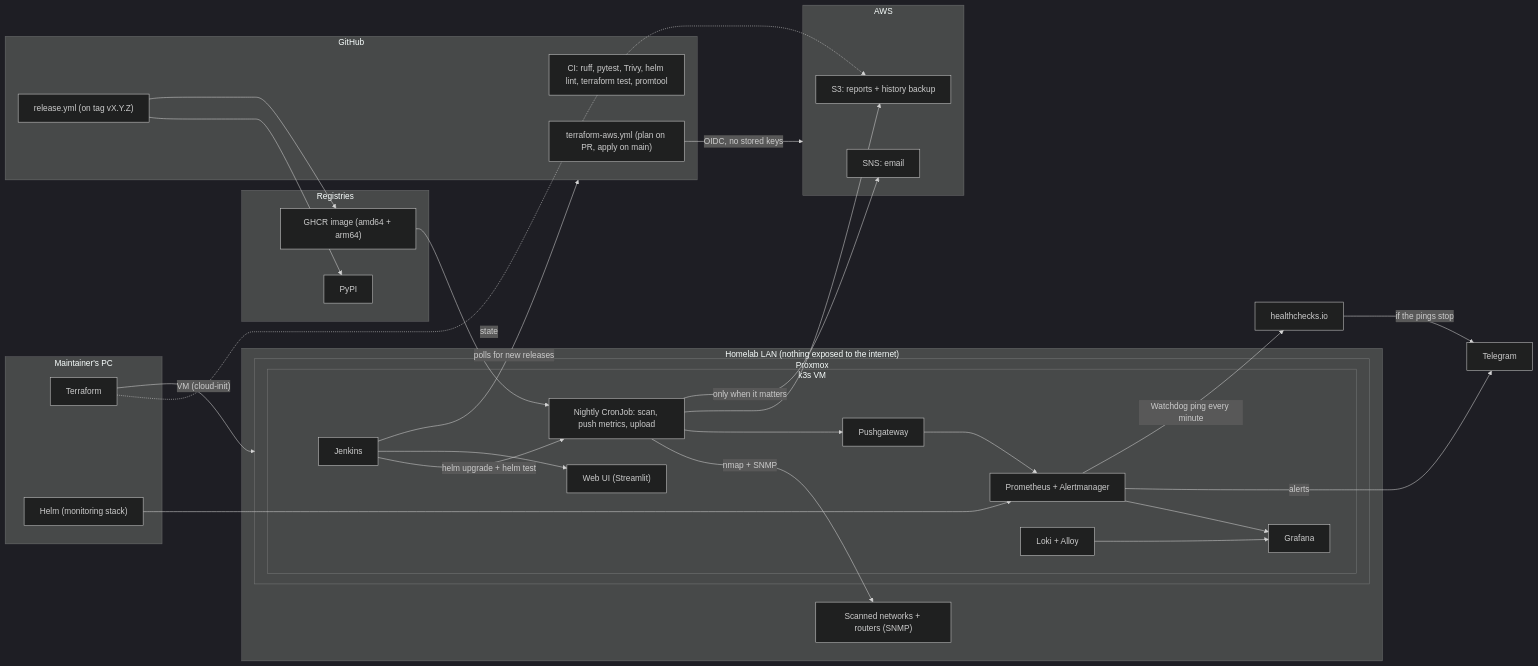
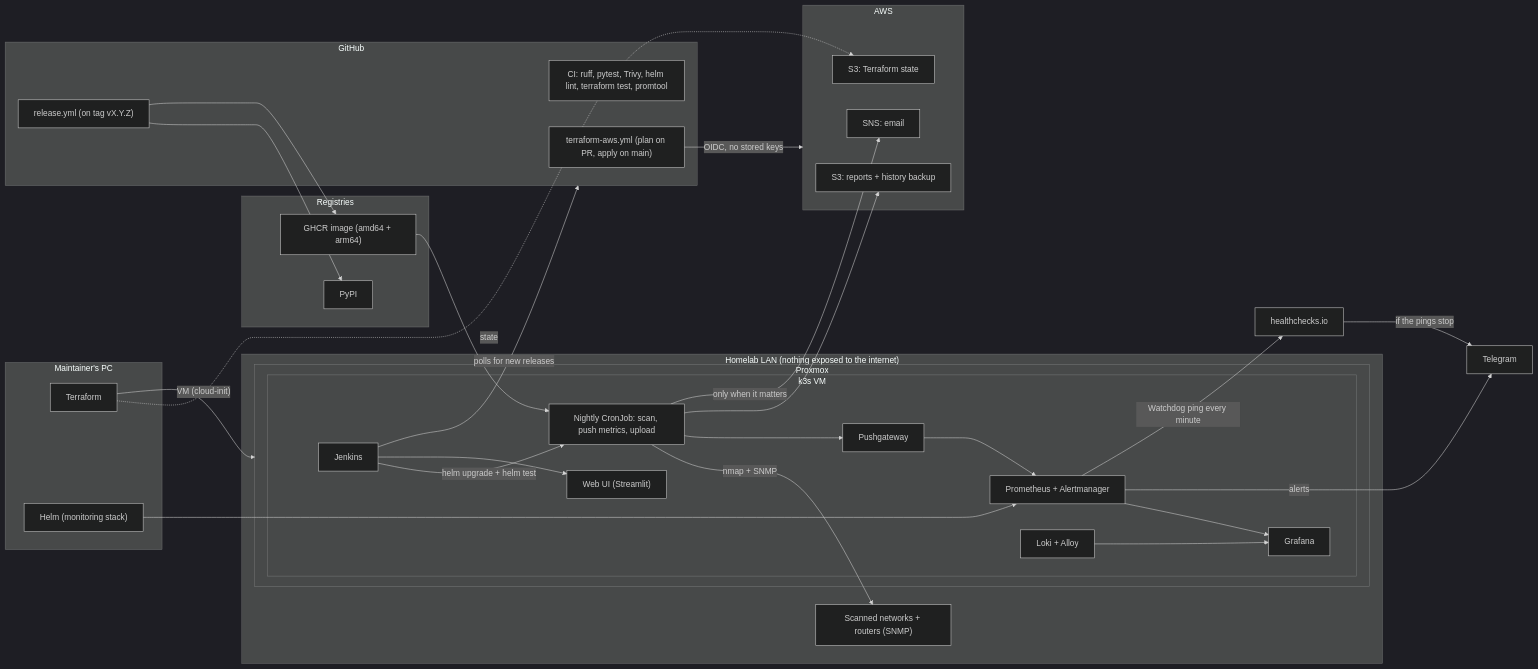
One commit to danielsm107/network-topology-scanner changed the first of 2 diagrams in docs/architecture.md. Above: the diagram before and after it, drawn with Mermaid (dark theme). The commit also changed other lines of this file and 1 other file, not shown here.

First line of the commit message:
docs: precisar afirmaciones del README y de architecture.md

````diff
--- a/docs/architecture.md
+++ b/docs/architecture.md
@@ -19,61 +19,62 @@
 ```mermaid
 flowchart LR
     subgraph pc["Maintainer's PC"]
         tf["Terraform"]
         helmpc["Helm (monitoring stack)"]
     end
 
     subgraph gh["GitHub"]
         ci["CI: ruff, pytest, Trivy, helm lint, terraform test, promtool"]
         rel["release.yml (on tag vX.Y.Z)"]
         tfaws["terraform-aws.yml (plan on PR, apply on main)"]
     end
 
     subgraph reg["Registries"]
         pypi["PyPI"]
         ghcr["GHCR image (amd64 + arm64)"]
     end
 
     subgraph home["Homelab LAN (nothing exposed to the internet)"]
         subgraph px["Proxmox"]
             subgraph k3s["k3s VM"]
                 jenkins["Jenkins"]
                 cron["Nightly CronJob: scan, push metrics, upload"]
                 web["Web UI (Streamlit)"]
                 prom["Prometheus + Alertmanager"]
                 pgw["Pushgateway"]
                 graf["Grafana"]
                 loki["Loki + Alloy"]
             end
         end
         lan["Scanned networks + routers (SNMP)"]
     end
 
     subgraph aws["AWS"]
+        s3state["S3: Terraform state"]
         s3["S3: reports + history backup"]
         sns["SNS: email"]
     end
 
     tg["Telegram"]
     hc["healthchecks.io"]
 
     tf -->|"VM (cloud-init)"| px
-    tf -.->|"state"| s3
+    tf -.->|"state"| s3state
     helmpc --> prom
     rel --> pypi
     rel --> ghcr
     tfaws -->|"OIDC, no stored keys"| aws
     jenkins -->|"polls for new releases"| gh
     jenkins -->|"helm upgrade + helm test"| cron
     jenkins --> web
     ghcr --> cron
     cron -->|"nmap + SNMP"| lan
     cron --> pgw --> prom
     cron --> s3
     cron -->|"only when it matters"| sns
     prom --> graf
     loki --> graf
     prom -->|"alerts"| tg
     prom -->|"Watchdog ping every minute"| hc
     hc -->|"if the pings stop"| tg
 ```
````
